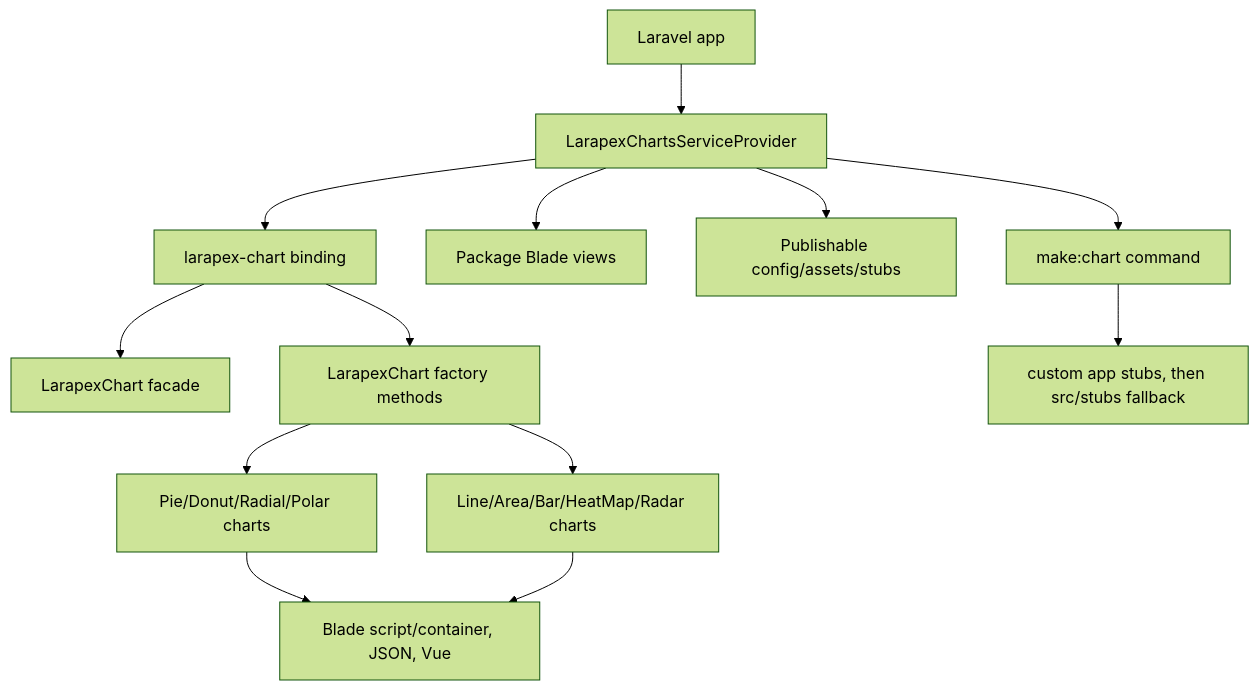
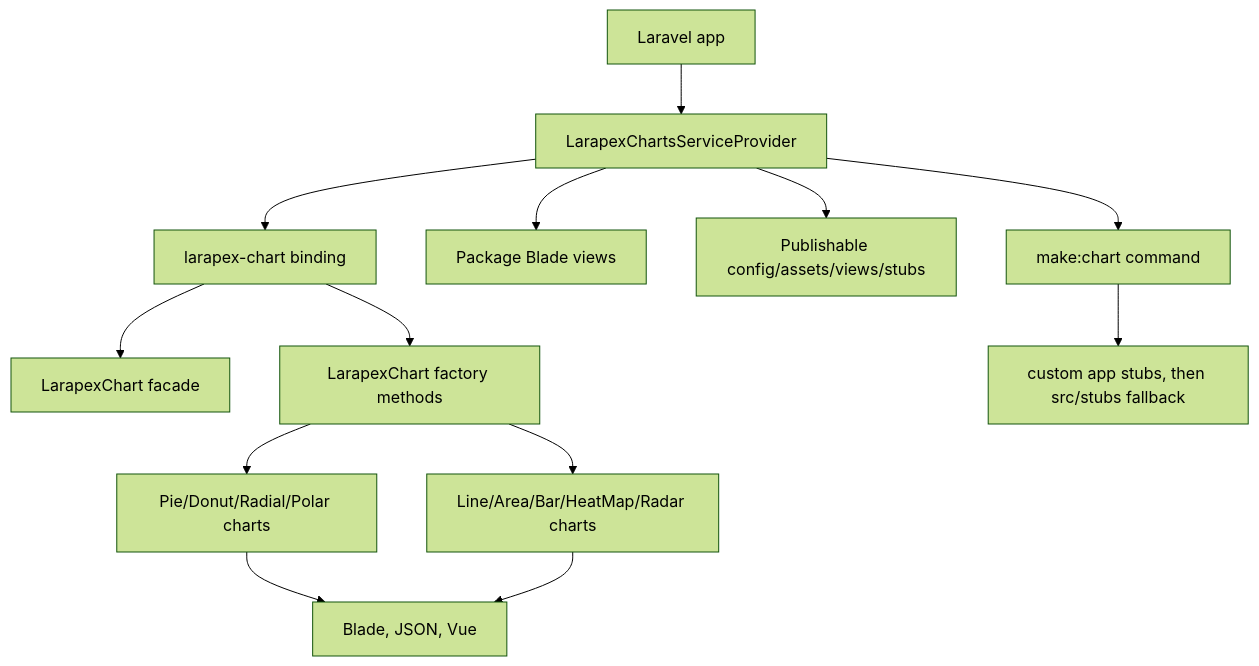
The diagram in AGENTS.md (gigerIT/larapex-charts), drawn with Mermaid (forest theme) before and after one commit. The commit also changed other lines of this file, not shown here.

````diff
--- a/AGENTS.md
+++ b/AGENTS.md
@@ -164,15 +81,15 @@
 ```mermaid
 flowchart TD
     App[Laravel app] --> Provider[LarapexChartsServiceProvider]
     Provider --> Binding[larapex-chart binding]
     Provider --> Views[Package Blade views]
-    Provider --> Publishes[Publishable config/assets/stubs]
+    Provider --> Publishes[Publishable config/assets/views/stubs]
     Binding --> Facade[LarapexChart facade]
     Binding --> Factory[LarapexChart factory methods]
     Factory --> Simple[Pie/Donut/Radial/Polar charts]
     Factory --> Complex[Line/Area/Bar/HeatMap/Radar charts]
-    Simple --> Output[Blade script/container, JSON, Vue]
+    Simple --> Output[Blade, JSON, Vue]
     Complex --> Output
     Provider --> Command[make:chart command]
     Command --> StubLookup[custom app stubs, then src/stubs fallback]
 ```
````
